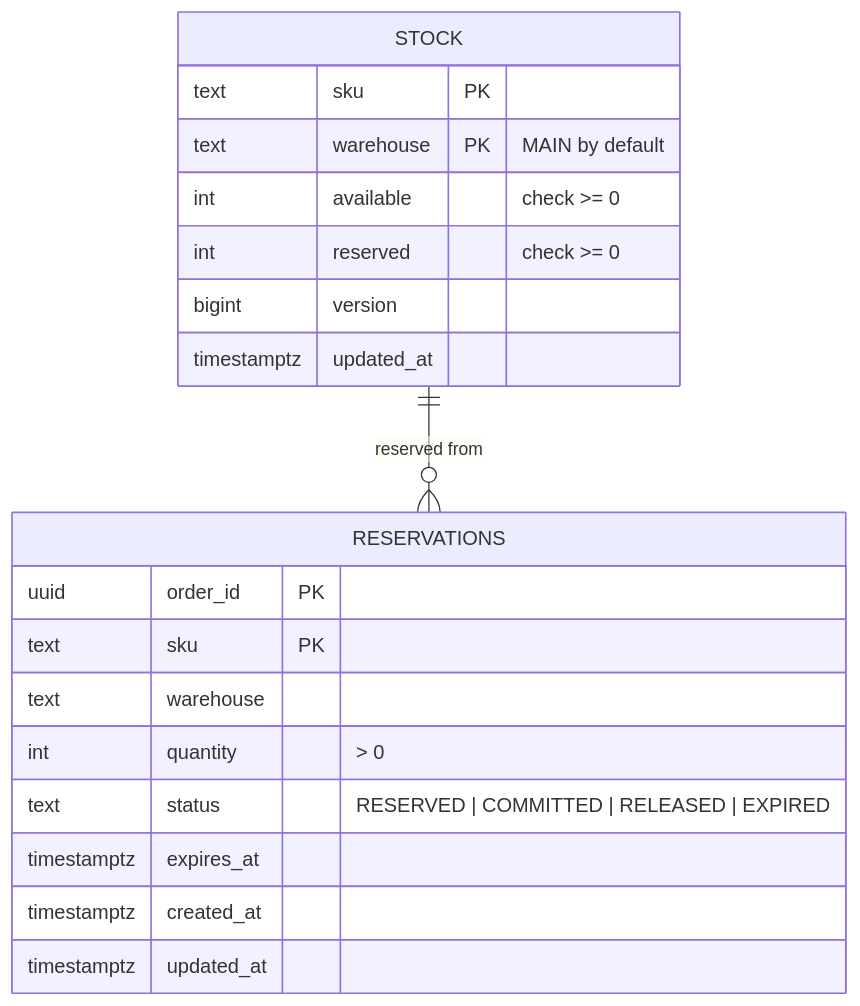
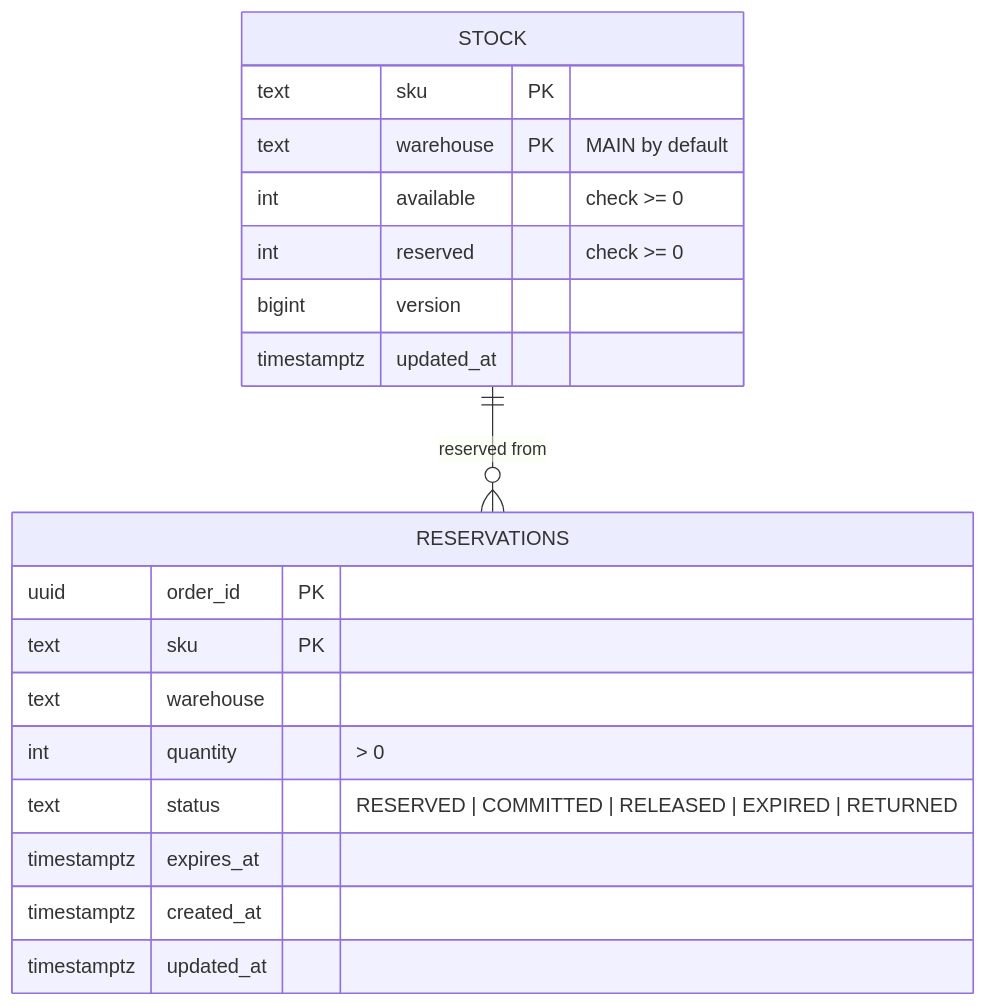
One commit to jk-boot-up/system-design changed the third of 6 diagrams in docs/design/04-database-design.md. Above: the diagram before and after it, drawn with Mermaid. The commit also changed other lines of this file and 3 other files, not shown here.

Commit message:
Add sequence, flow and state diagrams

````diff
--- a/docs/design/04-database-design.md
+++ b/docs/design/04-database-design.md
@@ -144,22 +144,22 @@
 ```mermaid
 erDiagram
     STOCK ||--o{ RESERVATIONS : "reserved from"
     STOCK {
         text sku PK
         text warehouse PK "MAIN by default"
         int available "check >= 0"
         int reserved "check >= 0"
         bigint version
         timestamptz updated_at
     }
     RESERVATIONS {
         uuid order_id PK
         text sku PK
         text warehouse
         int quantity "> 0"
-        text status "RESERVED | COMMITTED | RELEASED | EXPIRED"
+        text status "RESERVED | COMMITTED | RELEASED | EXPIRED | RETURNED"
         timestamptz expires_at
         timestamptz created_at
         timestamptz updated_at
     }
 ```
````
